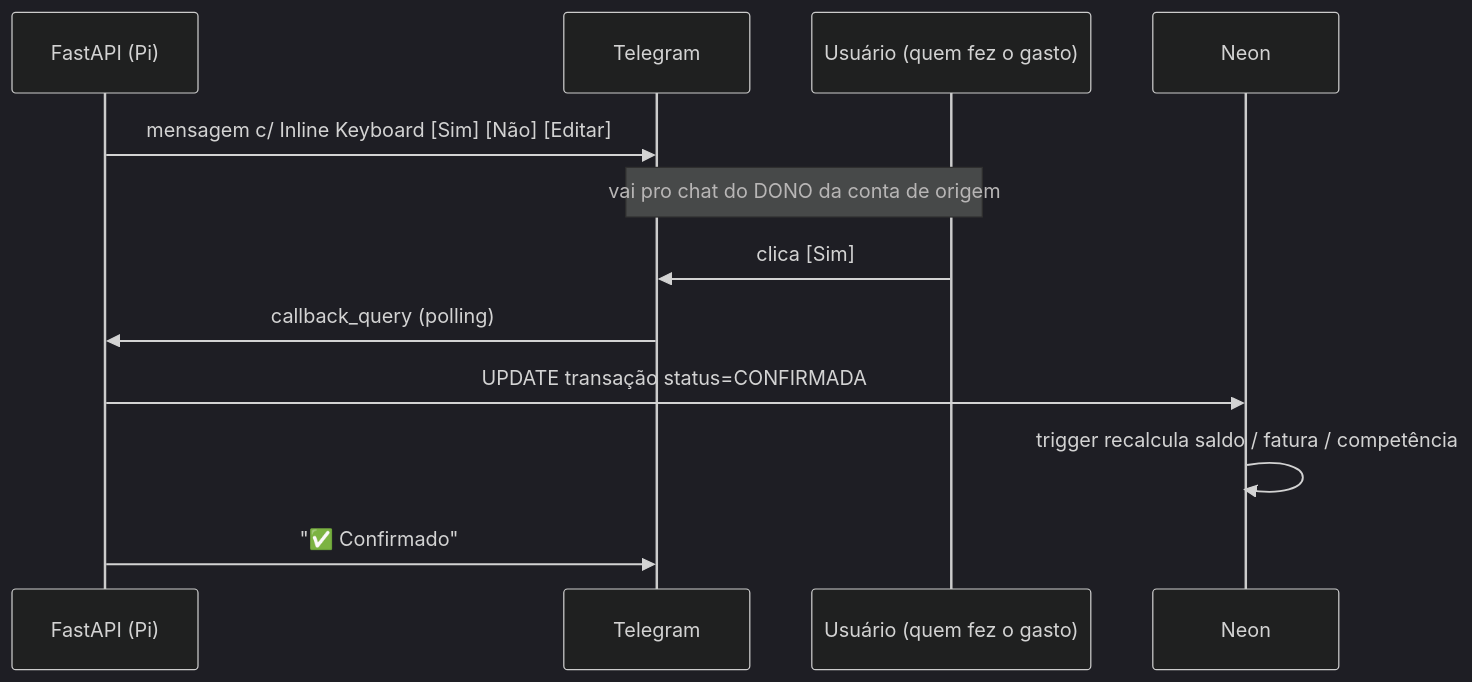
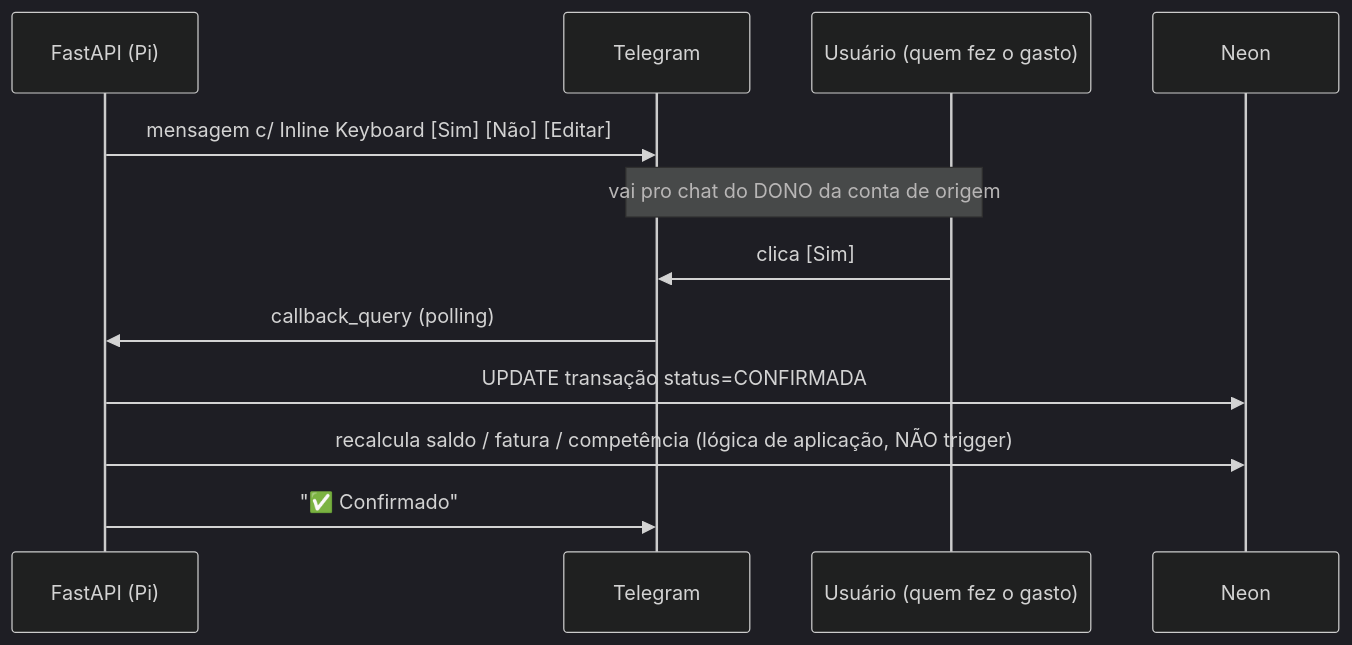
Before and after one commit to Sirimarco-Marcio/carteirAI: the second of 3 diagrams in docs/03-fluxos.md, drawn with Mermaid (dark theme). The commit also changed other lines of this file and 68 other files, not shown here.

````diff
--- a/docs/03-fluxos.md
+++ b/docs/03-fluxos.md
@@ -53,15 +59,15 @@
 ```mermaid
 sequenceDiagram
     participant PI as FastAPI (Pi)
     participant TG as Telegram
     participant U as Usuário (quem fez o gasto)
     participant DB as Neon
 
     PI->>TG: mensagem c/ Inline Keyboard [Sim] [Não] [Editar]
     Note over TG,U: vai pro chat do DONO da conta de origem
     U->>TG: clica [Sim]
     TG->>PI: callback_query (polling)
     PI->>DB: UPDATE transação status=CONFIRMADA
-    DB->>DB: trigger recalcula saldo / fatura / competência
+    PI->>DB: recalcula saldo / fatura / competência (lógica de aplicação, NÃO trigger)
     PI->>TG: "✅ Confirmado"
 ```
````
